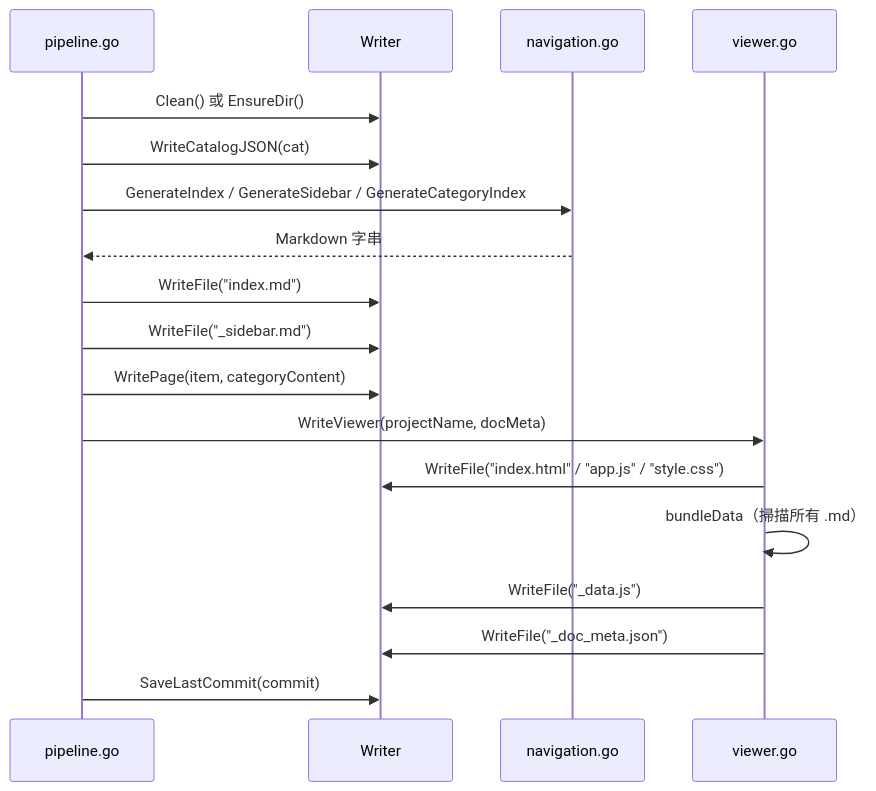
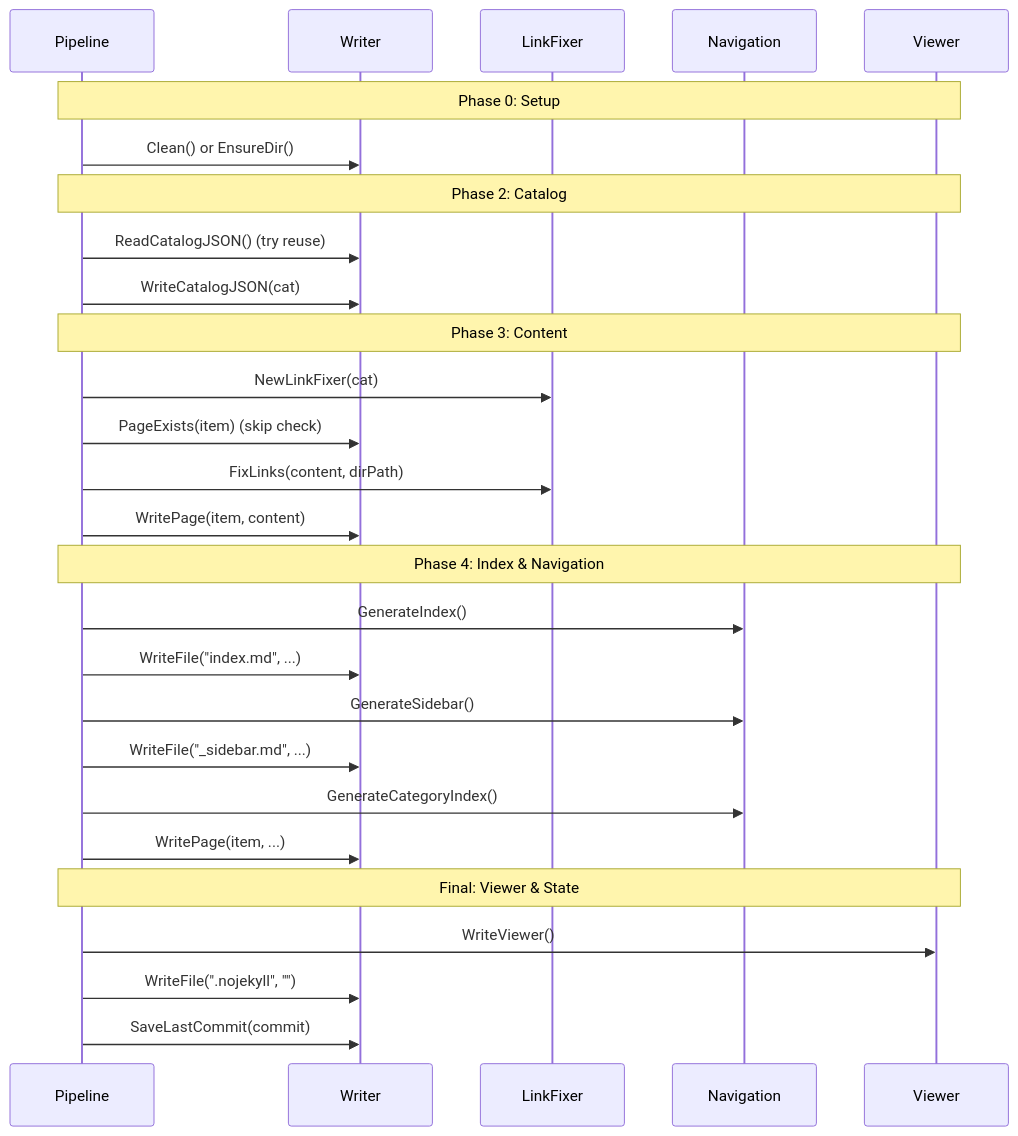
Before and after one commit to monkenWu/selfmd-claude-code: the fourth of 4 diagrams in docs/core-modules/output-writer/index.md, drawn with Mermaid. The commit also changed other lines of this file and 145 other files, not shown here.

````diff
--- a/docs/core-modules/output-writer/index.md
+++ b/docs/core-modules/output-writer/index.md
@@ -439,21 +412,34 @@
 ```mermaid
 sequenceDiagram
-    participant P as pipeline.go
+    participant P as Pipeline
     participant W as Writer
-    participant Nav as navigation.go
-    participant V as viewer.go
+    participant LF as LinkFixer
+    participant Nav as Navigation
+    participant V as Viewer
 
-    P->>W: Clean() 或 EnsureDir()
+    Note over P,V: Phase 0: Setup
+    P->>W: Clean() or EnsureDir()
+
+    Note over P,V: Phase 2: Catalog
+    P->>W: ReadCatalogJSON() (try reuse)
     P->>W: WriteCatalogJSON(cat)
-    P->>Nav: GenerateIndex / GenerateSidebar / GenerateCategoryIndex
-    Nav-->>P: Markdown 字串
-    P->>W: WriteFile("index.md")
-    P->>W: WriteFile("_sidebar.md")
-    P->>W: WritePage(item, categoryContent)
-    P->>V: WriteViewer(projectName, docMeta)
-    V->>W: WriteFile("index.html" / "app.js" / "style.css")
-    V->>V: bundleData（掃描所有 .md）
-    V->>W: WriteFile("_data.js")
-    V->>W: WriteFile("_doc_meta.json")
+
+    Note over P,V: Phase 3: Content
+    P->>LF: NewLinkFixer(cat)
+    P->>W: PageExists(item) (skip check)
+    P->>LF: FixLinks(content, dirPath)
+    P->>W: WritePage(item, content)
+
+    Note over P,V: Phase 4: Index & Navigation
+    P->>Nav: GenerateIndex()
+    P->>W: WriteFile("index.md", ...)
+    P->>Nav: GenerateSidebar()
+    P->>W: WriteFile("_sidebar.md", ...)
+    P->>Nav: GenerateCategoryIndex()
+    P->>W: WritePage(item, ...)
+
+    Note over P,V: Final: Viewer & State
+    P->>V: WriteViewer()
+    P->>W: WriteFile(".nojekyll", "")
     P->>W: SaveLastCommit(commit)
 ```
````
